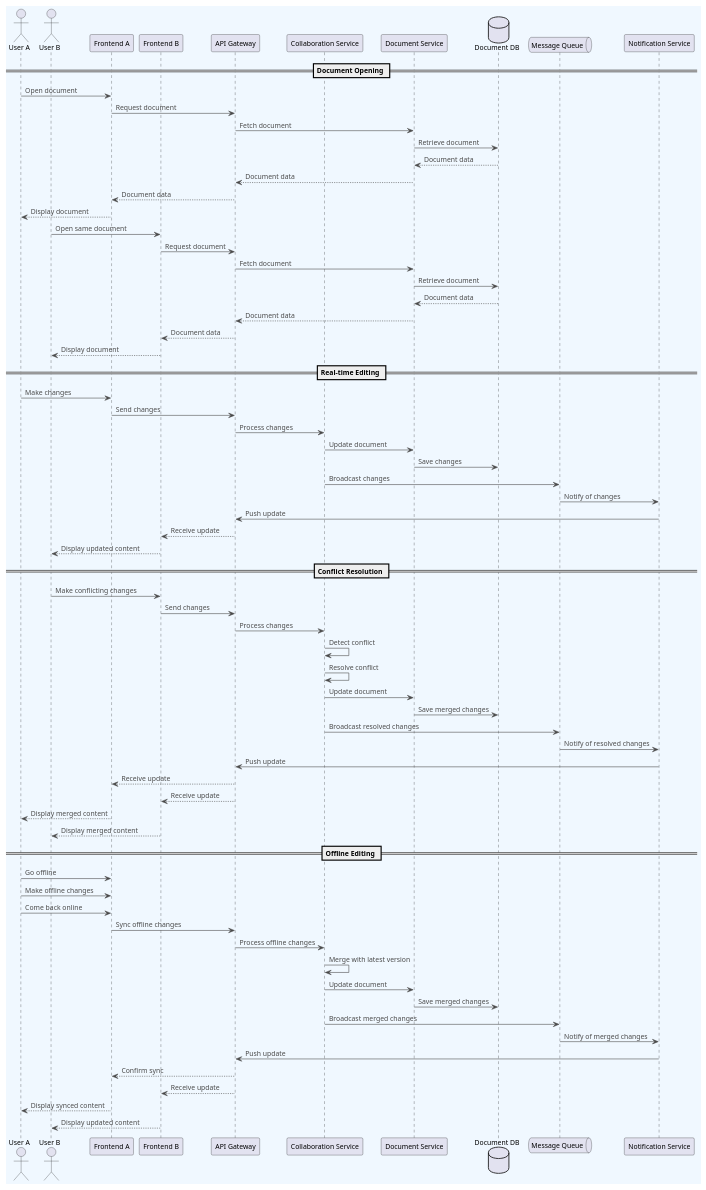
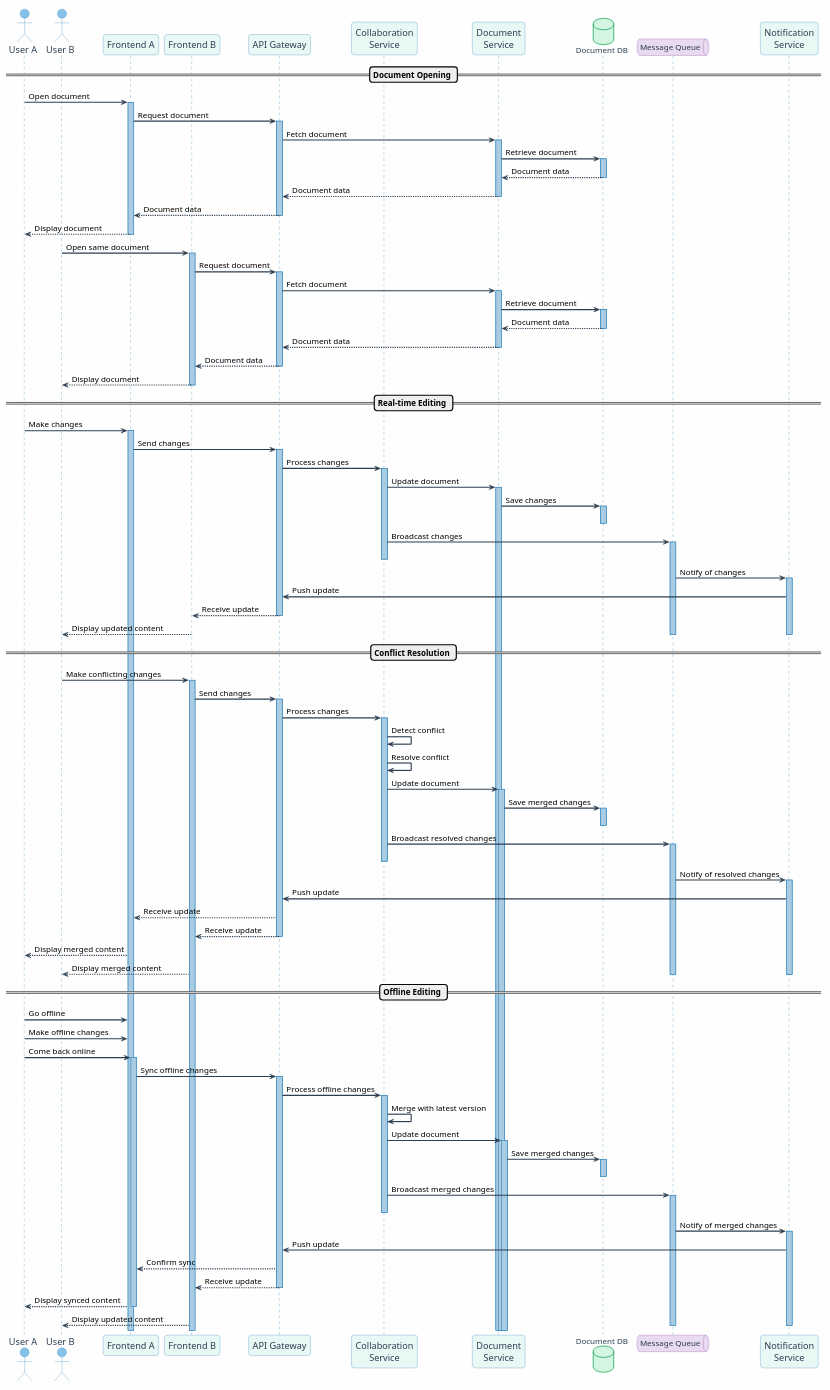
The diagram in google_docs_architecture/real_time_collaborative_editing_flow.puml (huangyingw/system_design), drawn with PlantUML before and after one commit.

```diff
--- a/google_docs_architecture/real_time_collaborative_editing_flow.puml
+++ b/google_docs_architecture/real_time_collaborative_editing_flow.puml
@@ -1,92 +1,174 @@
-@startuml Real-time Collaborative Editing
+@startuml Real-time Collaborative Editing Flow
 
-skinparam backgroundColor #F0F8FF
+skinparam backgroundColor #FEFEFE
 skinparam handwritten false
 skinparam monochrome false
 skinparam shadowing false
 skinparam defaultFontName Arial
-skinparam defaultFontSize 12
-skinparam arrow {
-    Color #4A4A4A
-    FontColor #4A4A4A
+skinparam defaultFontSize 14
+skinparam sequenceArrowThickness 2
+skinparam roundcorner 10
+skinparam maxMessageSize 200
+
+skinparam sequence {
+    ArrowColor #2C3E50
+    ActorBorderColor #2980B9
+    LifeLineBorderColor #2980B9
+    LifeLineBackgroundColor #A9CCE3
+    
+    ParticipantBorderColor #2980B9
+    ParticipantBackgroundColor #E8F8F5
+    ParticipantFontName Arial
+    ParticipantFontSize 16
+    ParticipantFontColor #2C3E50
+    
+    ActorBackgroundColor #85C1E9
+    ActorFontColor #2C3E50
+    ActorFontSize 16
+    ActorFontName Arial
 }
 
-actor "User A" as UserA
-actor "User B" as UserB
+skinparam database {
+    BorderColor #27AE60
+    BackgroundColor #D5F5E3
+    FontColor #2C3E50
+}
+
+skinparam queue {
+    BorderColor #8E44AD
+    BackgroundColor #E8DAEF
+    FontColor #2C3E50
+}
+
+actor "User A" as UserA #85C1E9
+actor "User B" as UserB #85C1E9
 participant "Frontend A" as FrontendA
 participant "Frontend B" as FrontendB
 participant "API Gateway" as Gateway
-participant "Collaboration Service" as CollabService
-participant "Document Service" as DocService
+participant "Collaboration\nService" as CollabService
+participant "Document\nService" as DocService
 database "Document DB" as DocDB
 queue "Message Queue" as MQ
-participant "Notification Service" as NotifyService
+participant "Notification\nService" as NotifyService
 
 == Document Opening ==
 UserA -> FrontendA: Open document
+activate FrontendA
 FrontendA -> Gateway: Request document
+activate Gateway
 Gateway -> DocService: Fetch document
+activate DocService
 DocService -> DocDB: Retrieve document
+activate DocDB
 DocDB --> DocService: Document data
+deactivate DocDB
 DocService --> Gateway: Document data
+deactivate DocService
 Gateway --> FrontendA: Document data
+deactivate Gateway
 FrontendA --> UserA: Display document
+deactivate FrontendA
 
 UserB -> FrontendB: Open same document
+activate FrontendB
 FrontendB -> Gateway: Request document
+activate Gateway
 Gateway -> DocService: Fetch document
+activate DocService
 DocService -> DocDB: Retrieve document
+activate DocDB
 DocDB --> DocService: Document data
+deactivate DocDB
 DocService --> Gateway: Document data
+deactivate DocService
 Gateway --> FrontendB: Document data
+deactivate Gateway
 FrontendB --> UserB: Display document
+deactivate FrontendB
 
 == Real-time Editing ==
 UserA -> FrontendA: Make changes
+activate FrontendA
 FrontendA -> Gateway: Send changes
+activate Gateway
 Gateway -> CollabService: Process changes
+activate CollabService
 CollabService -> DocService: Update document
+activate DocService
 DocService -> DocDB: Save changes
+activate DocDB
+deactivate DocDB
 CollabService -> MQ: Broadcast changes
+activate MQ
+deactivate CollabService
 
 MQ -> NotifyService: Notify of changes
+activate NotifyService
 NotifyService -> Gateway: Push update
 Gateway --> FrontendB: Receive update
+deactivate Gateway
 FrontendB --> UserB: Display updated content
+deactivate NotifyService
+deactivate MQ
 
 == Conflict Resolution ==
 UserB -> FrontendB: Make conflicting changes
+activate FrontendB
 FrontendB -> Gateway: Send changes
+activate Gateway
 Gateway -> CollabService: Process changes
+activate CollabService
 CollabService -> CollabService: Detect conflict
 CollabService -> CollabService: Resolve conflict
 CollabService -> DocService: Update document
+activate DocService
 DocService -> DocDB: Save merged changes
+activate DocDB
+deactivate DocDB
 CollabService -> MQ: Broadcast resolved changes
+activate MQ
+deactivate CollabService
 
 MQ -> NotifyService: Notify of resolved changes
+activate NotifyService
 NotifyService -> Gateway: Push update
 Gateway --> FrontendA: Receive update
 Gateway --> FrontendB: Receive update
+deactivate Gateway
 FrontendA --> UserA: Display merged content
 FrontendB --> UserB: Display merged content
+deactivate NotifyService
+deactivate MQ
 
 == Offline Editing ==
 UserA -> FrontendA: Go offline
 UserA -> FrontendA: Make offline changes
 UserA -> FrontendA: Come back online
+activate FrontendA
 FrontendA -> Gateway: Sync offline changes
+activate Gateway
 Gateway -> CollabService: Process offline changes
+activate CollabService
 CollabService -> CollabService: Merge with latest version
 CollabService -> DocService: Update document
+activate DocService
 DocService -> DocDB: Save merged changes
+activate DocDB
+deactivate DocDB
 CollabService -> MQ: Broadcast merged changes
+activate MQ
+deactivate CollabService
 
 MQ -> NotifyService: Notify of merged changes
+activate NotifyService
 NotifyService -> Gateway: Push update
 Gateway --> FrontendA: Confirm sync
 Gateway --> FrontendB: Receive update
+deactivate Gateway
 FrontendA --> UserA: Display synced content
+deactivate FrontendA
 FrontendB --> UserB: Display updated content
+deactivate NotifyService
+deactivate MQ
 
 @enduml
```
